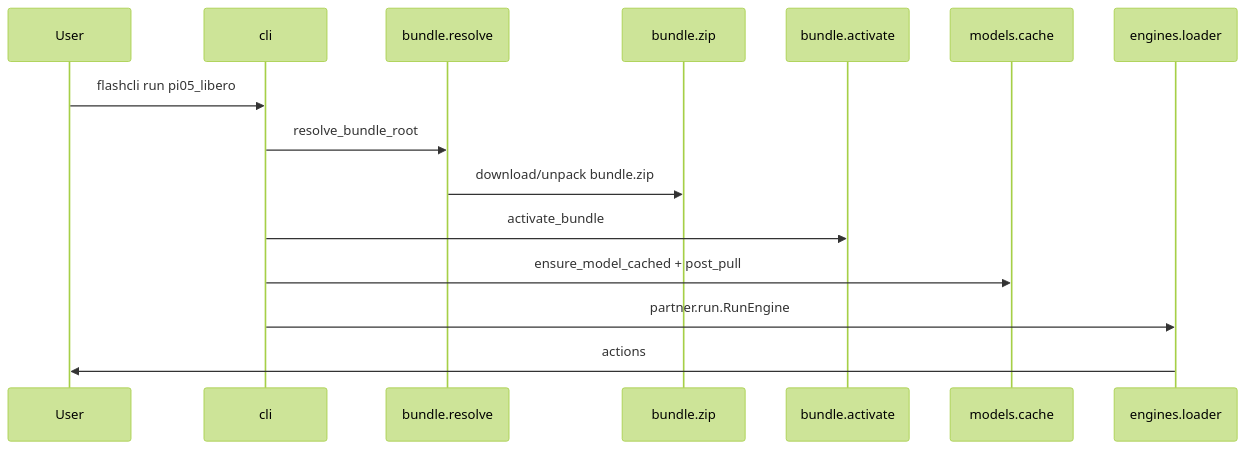
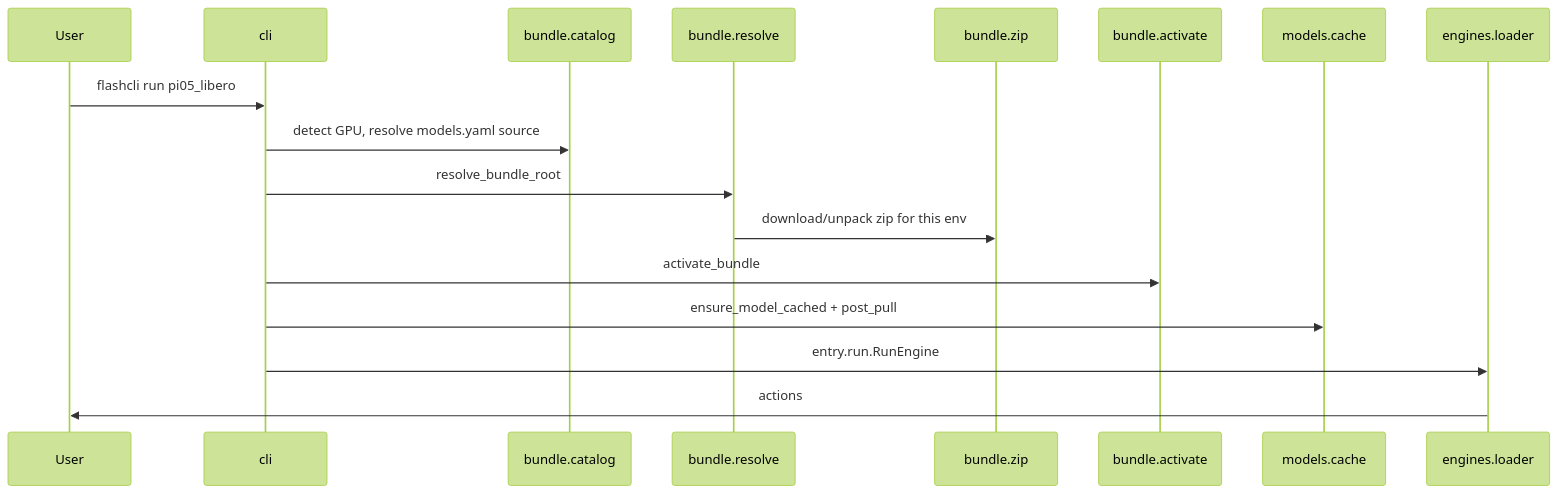
Before and after one commit to aodianyun/flashcli: the diagram in docs/architecture.md, drawn with Mermaid (forest theme). The commit also changed other lines of this file and 27 other files, not shown here.

````diff
--- a/docs/architecture.md
+++ b/docs/architecture.md
@@ -32,18 +33,20 @@
 ```mermaid
 sequenceDiagram
   participant U as User
   participant CLI as cli
+  participant Cat as bundle.catalog
   participant Res as bundle.resolve
   participant Zip as bundle.zip
   participant Act as bundle.activate
   participant Cache as models.cache
   participant Ldr as engines.loader
 
   U->>CLI: flashcli run pi05_libero
+  CLI->>Cat: detect GPU, resolve models.yaml source
   CLI->>Res: resolve_bundle_root
-  Res->>Zip: download/unpack bundle.zip
+  Res->>Zip: download/unpack zip for this env
   CLI->>Act: activate_bundle
   CLI->>Cache: ensure_model_cached + post_pull
-  CLI->>Ldr: partner.run.RunEngine
+  CLI->>Ldr: entry.run.RunEngine
   Ldr->>U: actions
 ```
````
